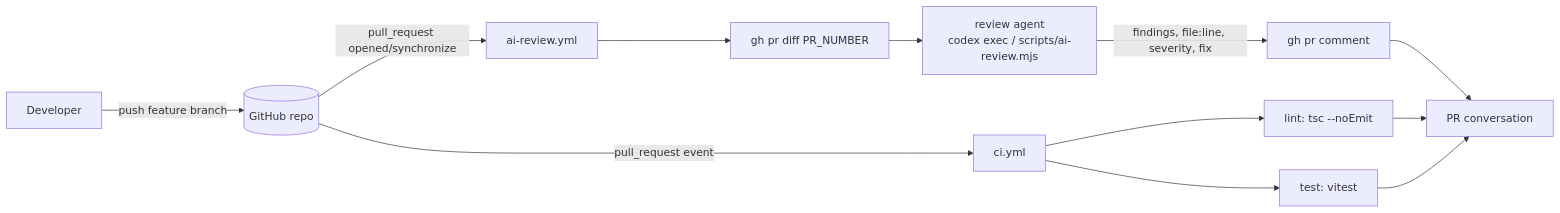
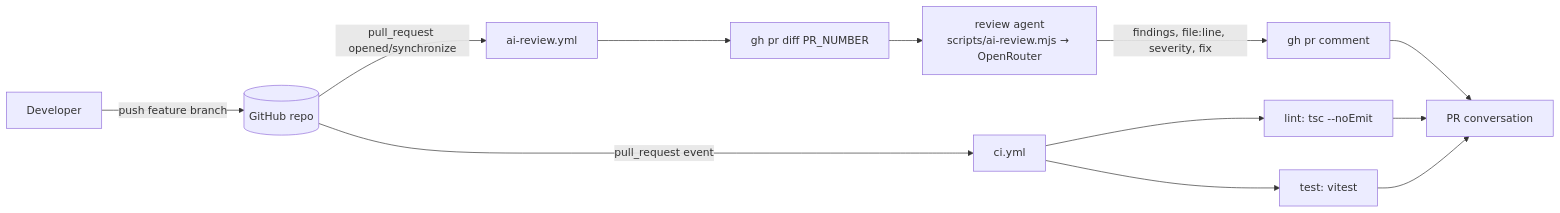
Before and after one commit to patrykkopycinski/agent-review-pipeline-poc: the diagram in README.md, drawn with Mermaid. The commit also changed other lines of this file and 2 other files, not shown here.

Commit message:
ci: run ai-review via scripts/ai-review.mjs against OpenRouter

````diff
--- a/README.md
+++ b/README.md
@@ -36,14 +36,14 @@
 ```mermaid
 flowchart LR
     Dev[Developer] -->|push feature branch| GH[(GitHub repo)]
     GH -->|pull_request event| CI[ci.yml]
     GH -->|pull_request opened/synchronize| REV[ai-review.yml]
     CI --> L[lint: tsc --noEmit]
     CI --> T[test: vitest]
     REV --> D[gh pr diff PR_NUMBER]
-    D --> AG[review agent<br/>codex exec / scripts/ai-review.mjs]
+    D --> AG[review agent<br/>scripts/ai-review.mjs → OpenRouter]
     AG -->|findings, file:line, severity, fix| C[gh pr comment]
     C --> PR[PR conversation]
     L --> PR
     T --> PR
 ```
````
